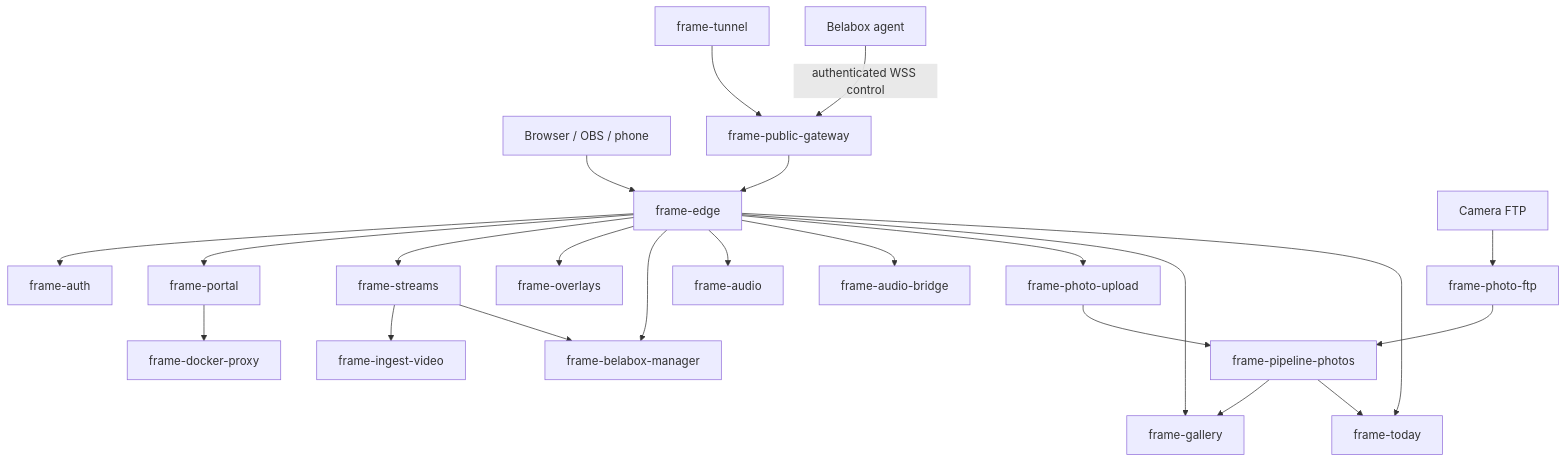
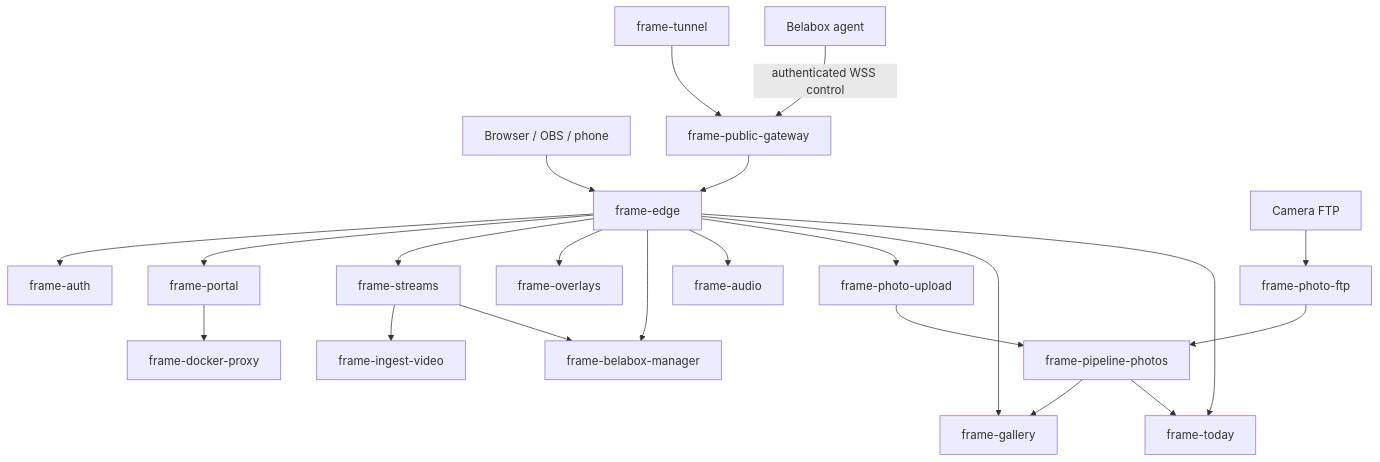
Before and after one commit to gall-levi-code/Syronius_FRAME: the diagram in README.md, drawn with Mermaid. The commit also changed other lines of this file and 99 other files, not shown here.

First line of the commit message:
refactor: remove Audio Bridge from FRAME stack

````diff
--- a/README.md
+++ b/README.md
@@ -246,30 +246,29 @@
 ```mermaid
 flowchart TD
   operator["Browser / OBS / phone"] --> edge["frame-edge"]
   edge --> auth["frame-auth"]
   edge --> portal["frame-portal"]
   portal --> dockerProxy["frame-docker-proxy"]
 
   tunnel["frame-tunnel"] --> publicGateway["frame-public-gateway"]
   publicGateway --> edge
 
   edge --> streams["frame-streams"]
   streams --> ingestVideo["frame-ingest-video"]
   edge --> overlays["frame-overlays"]
 
   belabox["Belabox agent"] -->|"authenticated WSS control"| publicGateway
   edge --> belaboxManager["frame-belabox-manager"]
   streams --> belaboxManager
 
   edge --> audio["frame-audio"]
-  edge --> audioBridge["frame-audio-bridge"]
 
   edge --> photoUpload["frame-photo-upload"]
   camera["Camera FTP"] --> photoFtp["frame-photo-ftp"]
   photoUpload --> photoPipeline["frame-pipeline-photos"]
   photoFtp --> photoPipeline
   photoPipeline --> gallery["frame-gallery"]
   photoPipeline --> today["frame-today"]
   edge --> gallery
   edge --> today
 ```
````
